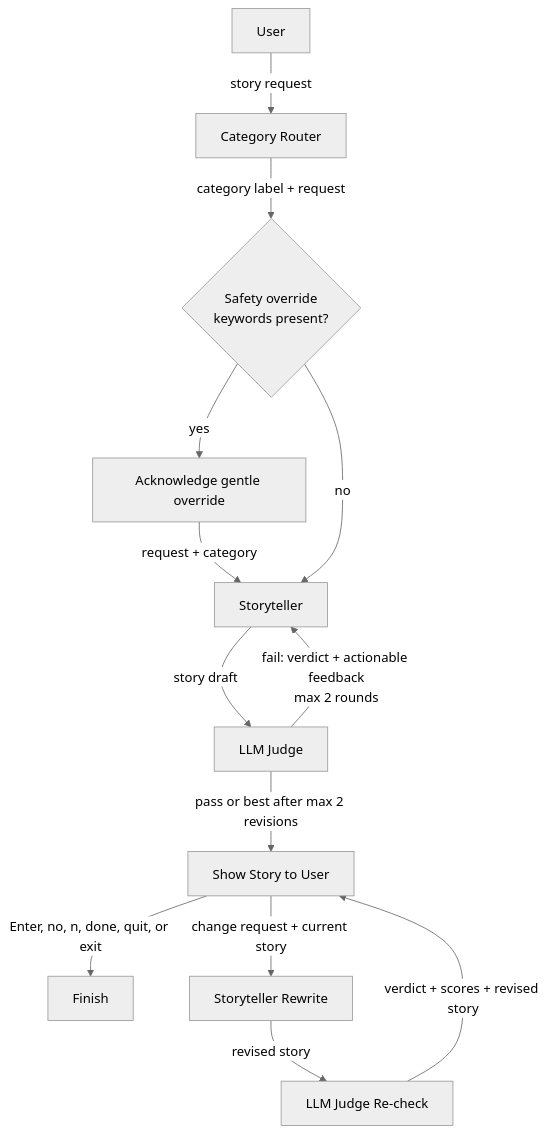
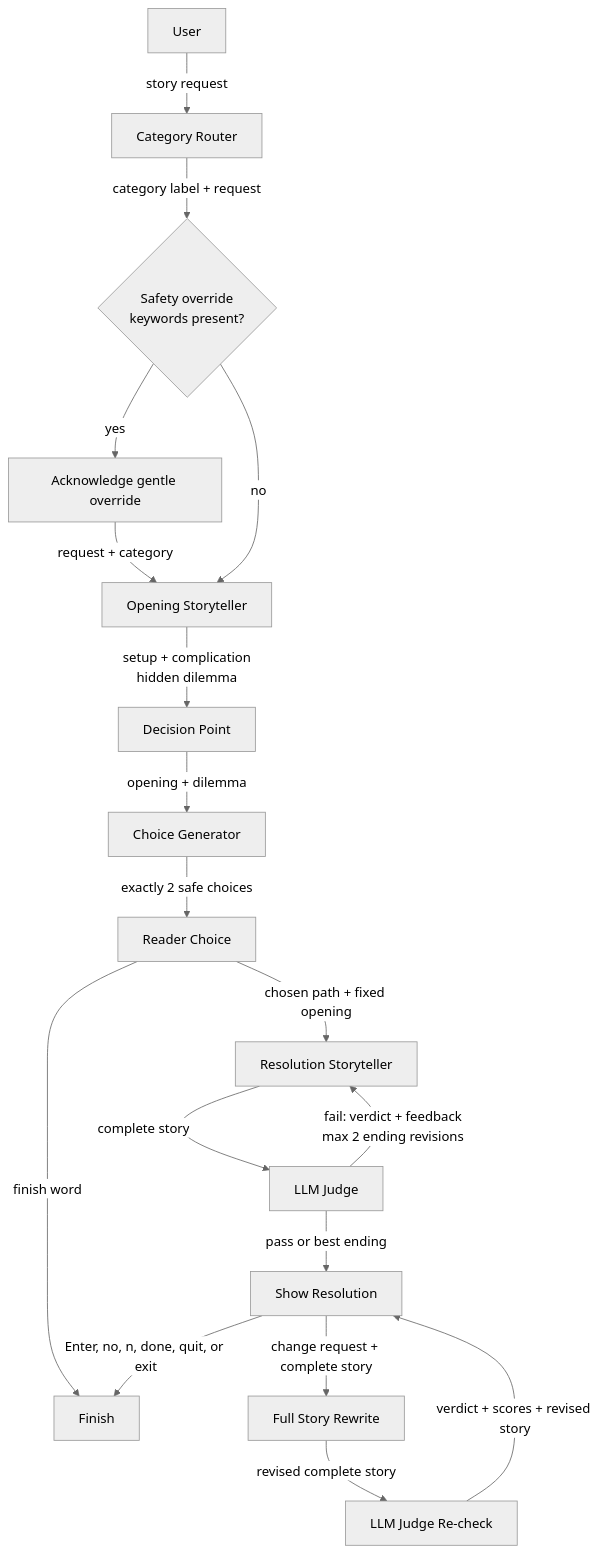
One commit to hrishikeshdeshpande111/hippocratic-ai-assignment changed the diagram in README.md. Above: the diagram before and after it, drawn with Mermaid (neutral theme). The commit also changed other lines of this file, not shown here.

Commit message:
docs: map interactive adventure flow

````diff
--- a/README.md
+++ b/README.md
@@ -12,15 +13,20 @@
 ```mermaid
 flowchart TD
     U[User] -->|story request| R[Category Router]
     R -->|category label + request| C{Safety override<br/>keywords present?}
     C -->|yes| A[Acknowledge gentle override]
-    A -->|request + category| S[Storyteller]
+    A -->|request + category| S[Opening Storyteller]
     C -->|no| S
-    S -->|story draft| J[LLM Judge]
-    J -->|pass or best after max 2 revisions| O[Show Story to User]
-    J -->|fail: verdict + actionable feedback<br/>max 2 rounds| S
-    O -->|Enter, no, n, done, quit, or exit| E[Finish]
-    O -->|change request + current story| S2[Storyteller Rewrite]
-    S2 -->|revised story| J2[LLM Judge Re-check]
+    S -->|setup + complication<br/>hidden dilemma| D[Decision Point]
+    D -->|opening + dilemma| G[Choice Generator]
+    G -->|exactly 2 safe choices| P[Reader Choice]
+    P -->|finish word| E[Finish]
+    P -->|chosen path + fixed opening| F[Resolution Storyteller]
+    F -->|complete story| J[LLM Judge]
+    J -->|fail: verdict + feedback<br/>max 2 ending revisions| F
+    J -->|pass or best ending| O[Show Resolution]
+    O -->|Enter, no, n, done, quit, or exit| E
+    O -->|change request + complete story| S2[Full Story Rewrite]
+    S2 -->|revised complete story| J2[LLM Judge Re-check]
     J2 -->|verdict + scores + revised story| O
 ```
````
